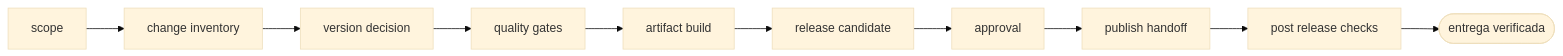
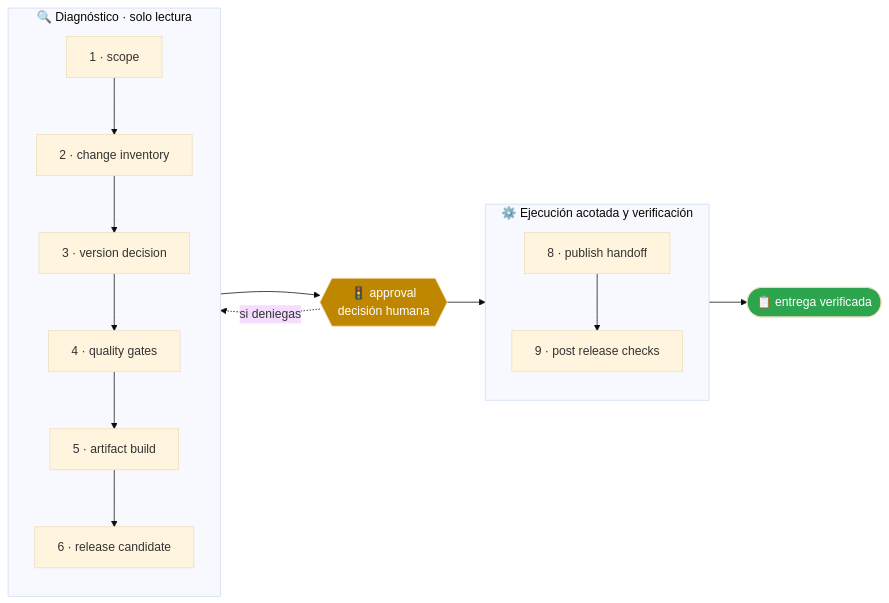
One commit to vladimiracunadev-create/operational-ai-agents changed the second of 2 diagrams in agents/release-governance-agent/README.md. Above: the diagram before and after it, drawn with Mermaid (base theme). The commit also changed other lines of this file and 60 other files, not shown here.

````diff
--- a/agents/release-governance-agent/README.md
+++ b/agents/release-governance-agent/README.md
@@ -72,21 +124,28 @@
 ```mermaid
 flowchart LR
-    p1["scope"]
-    p2["change inventory"]
-    p3["version decision"]
-    p4["quality gates"]
-    p5["artifact build"]
-    p6["release candidate"]
-    p7["approval"]
-    p8["publish handoff"]
-    p9["post release checks"]
-    p1 --> p2
-    p2 --> p3
-    p3 --> p4
-    p4 --> p5
-    p5 --> p6
-    p6 --> p7
-    p7 --> p8
-    p8 --> p9
-    p9 --> done(["entrega verificada"])
+    subgraph A["🔍 Diagnóstico · solo lectura"]
+        direction TB
+        p1["1 · scope"]
+        p2["2 · change inventory"]
+        p3["3 · version decision"]
+        p4["4 · quality gates"]
+        p5["5 · artifact build"]
+        p6["6 · release candidate"]
+        p1 --> p2
+        p2 --> p3
+        p3 --> p4
+        p4 --> p5
+        p5 --> p6
+    end
+    G{{"🚦 approval<br/>decisión humana"}}
+    subgraph B["⚙️ Ejecución acotada y verificación"]
+        direction TB
+        p8["8 · publish handoff"]
+        p9["9 · post release checks"]
+        p8 --> p9
+    end
+    A --> G --> B --> FIN(["📋 entrega verificada"])
+    G -.->|"si deniegas"| A
+    style G fill:#bf8700,color:#fff
+    style FIN fill:#2da44e,color:#fff
 ```
````
